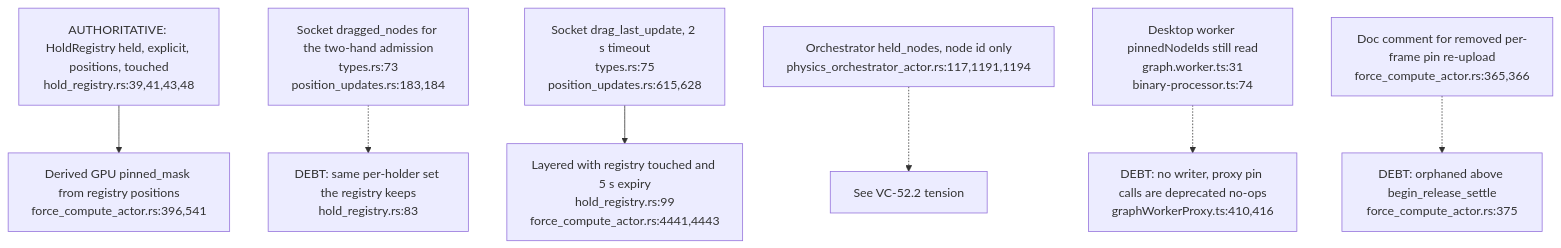
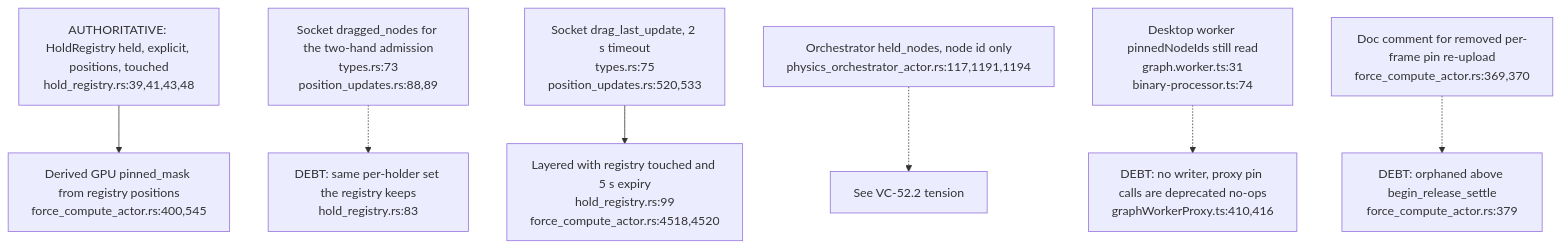
One commit to DreamLab-AI/VisionFlow changed the seventh of 7 diagrams in docs/diagrams/visionclaw/52-drag-holds-and-observation-gates.md. Above: the diagram before and after it, drawn with Mermaid. The commit also changed other lines of this file and 173 other files, not shown here.

````diff
--- a/docs/diagrams/visionclaw/52-drag-holds-and-observation-gates.md
+++ b/docs/diagrams/visionclaw/52-drag-holds-and-observation-gates.md
@@ -152,9 +158,9 @@
 ```mermaid
 flowchart TD
-    REG["AUTHORITATIVE: HoldRegistry held, explicit, positions, touched<br/>hold_registry.rs:39,41,43,48"] --> MASK["Derived GPU pinned_mask from registry positions<br/>force_compute_actor.rs:396,541"]
-    SOCK["Socket dragged_nodes for the two-hand admission<br/>types.rs:73<br/>position_updates.rs:183,184"] -.-> D1["DEBT: same per-holder set the registry keeps<br/>hold_registry.rs:83"]
-    TIME["Socket drag_last_update, 2 s timeout<br/>types.rs:75<br/>position_updates.rs:615,628"] --> LAYER["Layered with registry touched and 5 s expiry<br/>hold_registry.rs:99<br/>force_compute_actor.rs:4441,4443"]
+    REG["AUTHORITATIVE: HoldRegistry held, explicit, positions, touched<br/>hold_registry.rs:39,41,43,48"] --> MASK["Derived GPU pinned_mask from registry positions<br/>force_compute_actor.rs:400,545"]
+    SOCK["Socket dragged_nodes for the two-hand admission<br/>types.rs:73<br/>position_updates.rs:88,89"] -.-> D1["DEBT: same per-holder set the registry keeps<br/>hold_registry.rs:83"]
+    TIME["Socket drag_last_update, 2 s timeout<br/>types.rs:75<br/>position_updates.rs:520,533"] --> LAYER["Layered with registry touched and 5 s expiry<br/>hold_registry.rs:99<br/>force_compute_actor.rs:4518,4520"]
     ORCH["Orchestrator held_nodes, node id only<br/>physics_orchestrator_actor.rs:117,1191,1194"] -.-> T1["See VC-52.2 tension"]
     DESK["Desktop worker pinnedNodeIds still read<br/>graph.worker.ts:31<br/>binary-processor.ts:74"] -.-> D2["DEBT: no writer, proxy pin calls are deprecated no-ops<br/>graphWorkerProxy.ts:410,416"]
-    STALE["Doc comment for removed per-frame pin re-upload<br/>force_compute_actor.rs:365,366"] -.-> D3["DEBT: orphaned above begin_release_settle<br/>force_compute_actor.rs:375"]
+    STALE["Doc comment for removed per-frame pin re-upload<br/>force_compute_actor.rs:369,370"] -.-> D3["DEBT: orphaned above begin_release_settle<br/>force_compute_actor.rs:379"]
 ```
````
